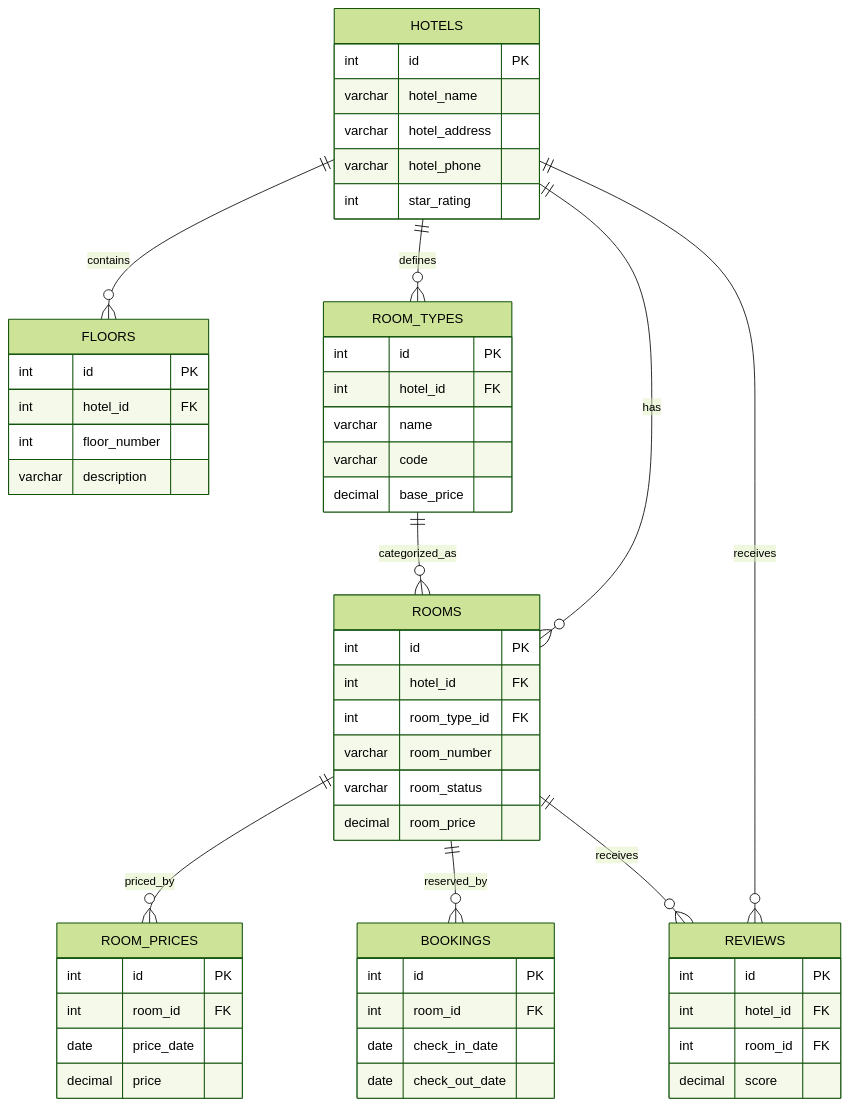
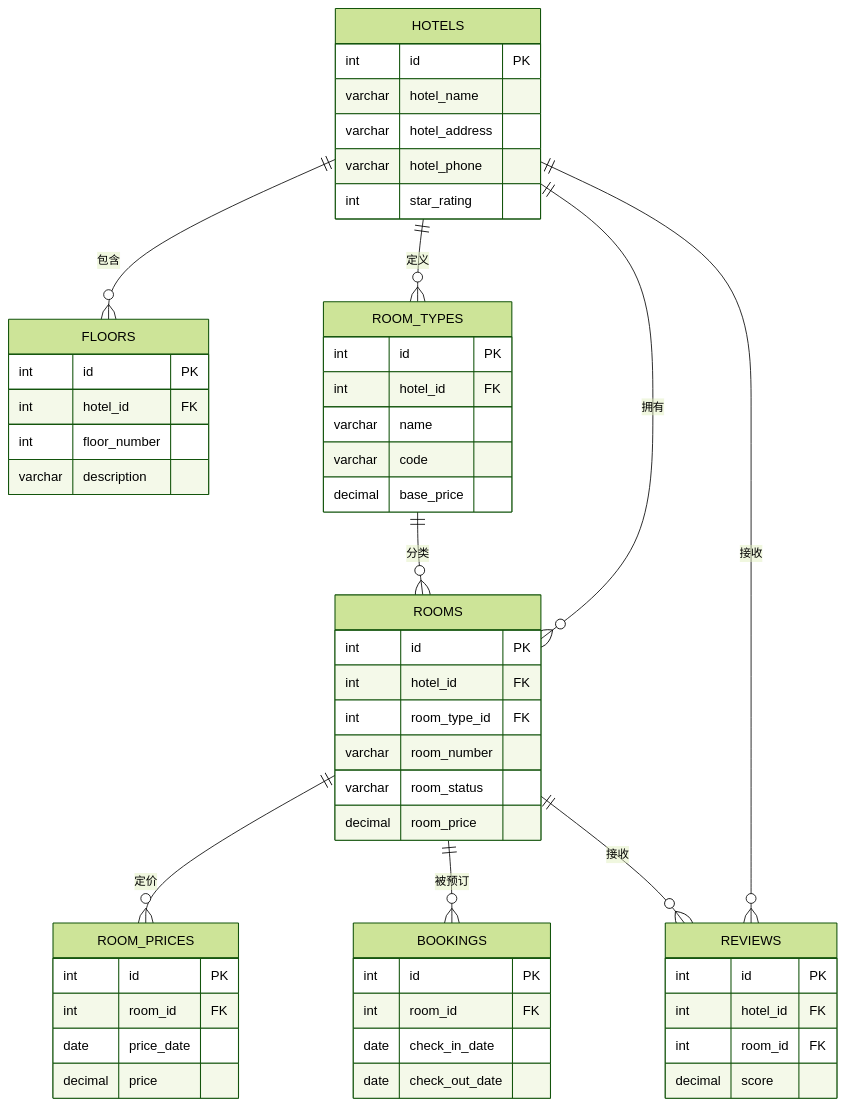
Before and after one commit to choisaaaaa/IoT_Smart_Hotel_System: the third of 12 diagrams in docs/database_er_diagram.md, drawn with Mermaid (forest theme). The commit also changed other lines of this file, not shown here.

Commit message:
docs(database): 更新数据库ER图中关系描述为中文

````diff
--- a/docs/database_er_diagram.md
+++ b/docs/database_er_diagram.md
@@ -123,57 +117,57 @@
 ```mermaid
 erDiagram
     HOTELS {
         int id PK
         varchar hotel_name
         varchar hotel_address
         varchar hotel_phone
         int star_rating
     }
     FLOORS {
         int id PK
         int hotel_id FK
         int floor_number
         varchar description
     }
     ROOM_TYPES {
         int id PK
         int hotel_id FK
         varchar name
         varchar code
         decimal base_price
     }
     ROOMS {
         int id PK
         int hotel_id FK
         int room_type_id FK
         varchar room_number
         varchar room_status
         decimal room_price
     }
     ROOM_PRICES {
         int id PK
         int room_id FK
         date price_date
         decimal price
     }
     BOOKINGS {
         int id PK
         int room_id FK
         date check_in_date
         date check_out_date
     }
     REVIEWS {
         int id PK
         int hotel_id FK
         int room_id FK
         decimal score
     }
-    HOTELS ||--o{ FLOORS : contains
-    HOTELS ||--o{ ROOM_TYPES : defines
-    HOTELS ||--o{ ROOMS : has
-    HOTELS ||--o{ REVIEWS : receives
-    ROOM_TYPES ||--o{ ROOMS : categorized_as
-    ROOMS ||--o{ ROOM_PRICES : priced_by
-    ROOMS ||--o{ BOOKINGS : reserved_by
-    ROOMS ||--o{ REVIEWS : receives
+    HOTELS ||--o{ FLOORS : "包含"
+    HOTELS ||--o{ ROOM_TYPES : "定义"
+    HOTELS ||--o{ ROOMS : "拥有"
+    HOTELS ||--o{ REVIEWS : "接收"
+    ROOM_TYPES ||--o{ ROOMS : "分类"
+    ROOMS ||--o{ ROOM_PRICES : "定价"
+    ROOMS ||--o{ BOOKINGS : "被预订"
+    ROOMS ||--o{ REVIEWS : "接收"
 ```
````
